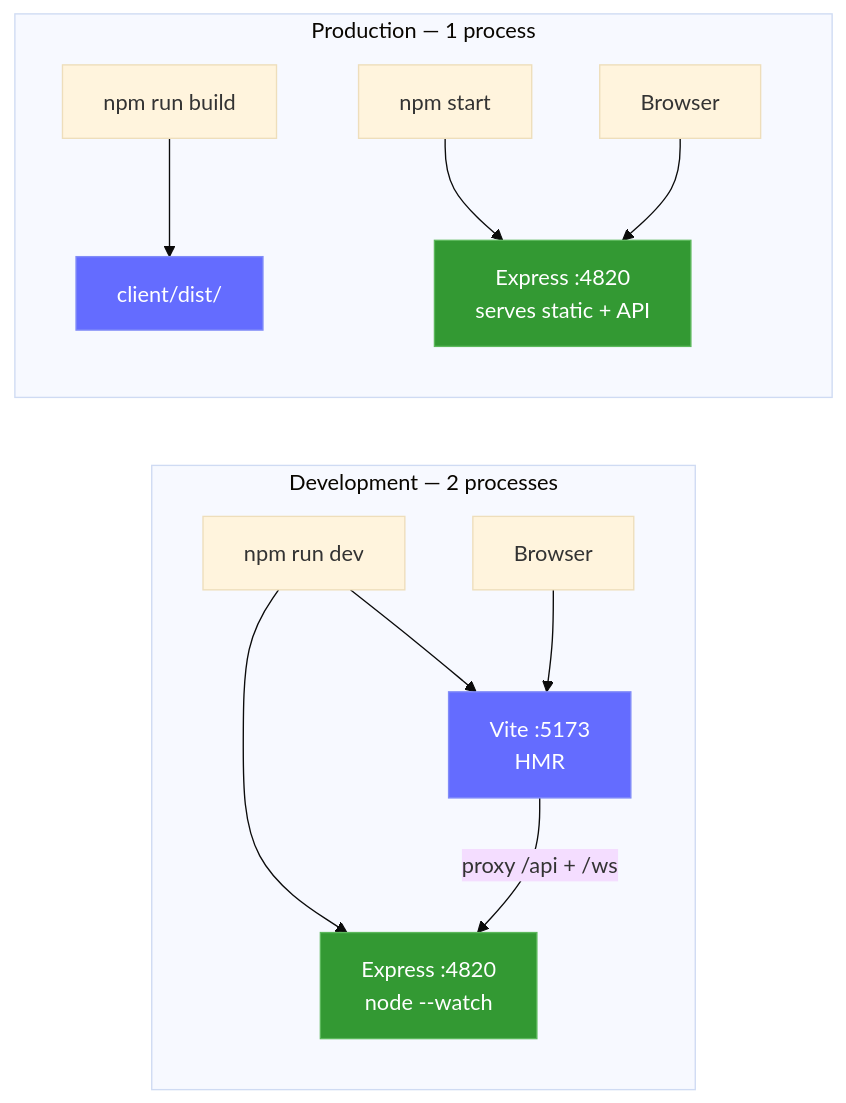
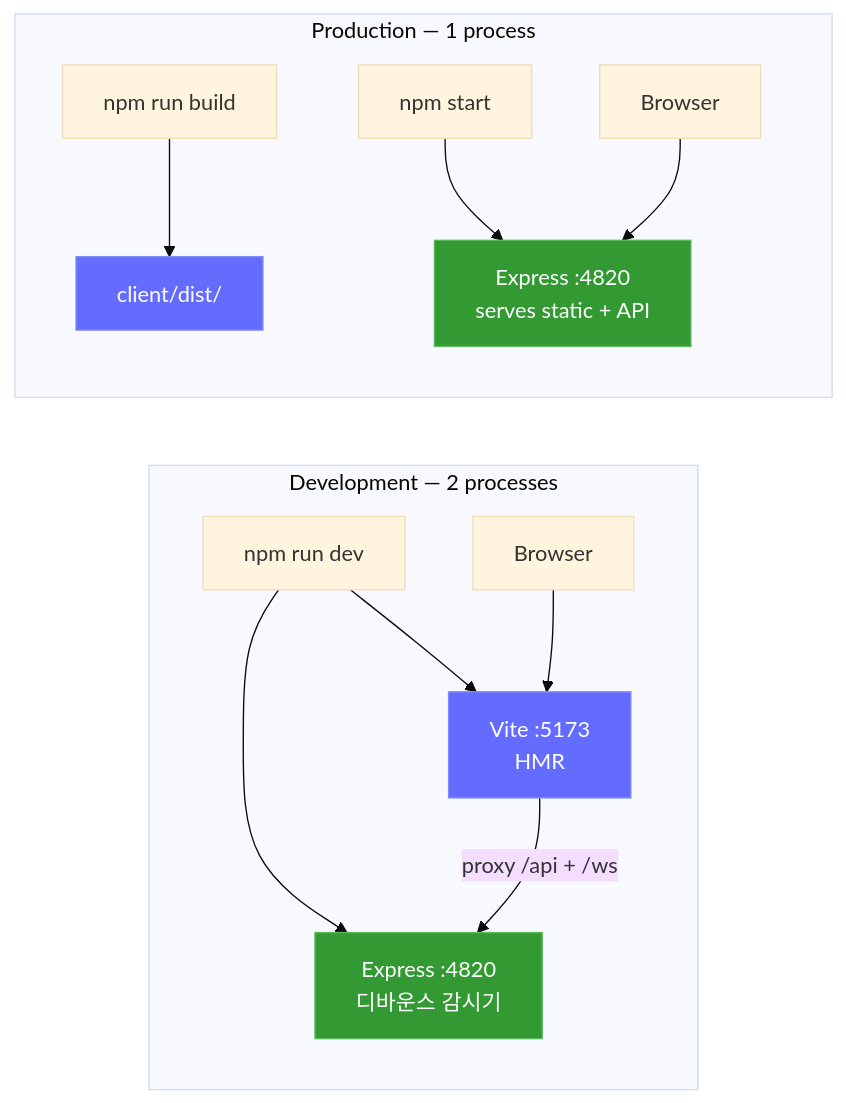
Before and after one commit to hoangsonww/Claude-Code-Agent-Monitor: diagram 20 of 22 in README-KO.md, drawn with Mermaid (base theme). The commit also changed other lines of this file and 15 other files, not shown here.

````diff
--- a/README-KO.md
+++ b/README-KO.md
@@ -2085,20 +2085,20 @@
 ```mermaid
 graph LR
     subgraph dev["Development — 2 processes"]
-        D_CMD["npm run dev"] --> D_SRV["Express :4820<br/>node --watch"]
+        D_CMD["npm run dev"] --> D_SRV["Express :4820<br/>디바운스 감시기"]
         D_CMD --> D_VITE["Vite :5173<br/>HMR"]
         D_BROWSER["Browser"] --> D_VITE
         D_VITE -->|"proxy /api + /ws"| D_SRV
     end
 
     subgraph prod["Production — 1 process"]
         P_BUILD["npm run build"] --> P_DIST["client/dist/"]
         P_START["npm start"] --> P_SRV["Express :4820<br/>serves static + API"]
         P_BROWSER["Browser"] --> P_SRV
     end
 
     style D_VITE fill:#646CFF,stroke:#818cf8,color:#fff
     style D_SRV fill:#339933,stroke:#5cb85c,color:#fff
     style P_SRV fill:#339933,stroke:#5cb85c,color:#fff
     style P_DIST fill:#646CFF,stroke:#818cf8,color:#fff
 ```
````
